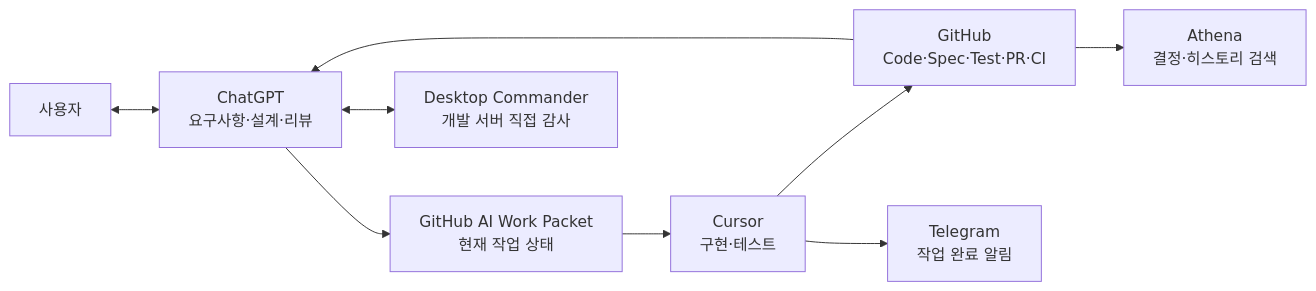
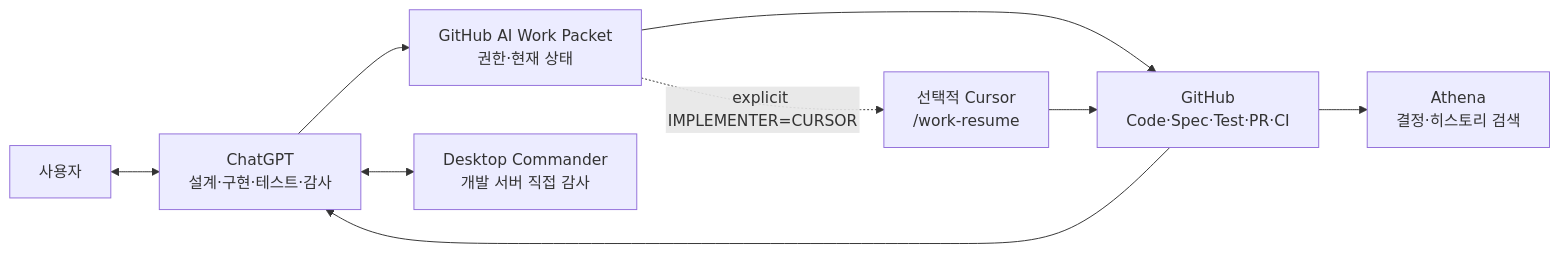
The diagram in ko/index.mdx (datarelay-labs/engineering-system-docs), drawn with Mermaid before and after one commit. The commit also changed other lines of this file and 21 other files, not shown here.

Commit message:
docs: make ChatGPT the default implementation path

```diff
--- a/ko/index.mdx
+++ b/ko/index.mdx
@@ -50,11 +50,11 @@
 ~~~mermaid
 flowchart LR
-    U["사용자"] <--> C["ChatGPT<br/>요구사항·설계·리뷰"]
-    C --> W["GitHub AI Work Packet<br/>현재 작업 상태"]
-    W --> R["Cursor<br/>구현·테스트"]
-    R --> G["GitHub<br/>Code·Spec·Test·PR·CI"]
+    U["사용자"] <--> C["ChatGPT<br/>설계·구현·테스트·감사"]
+    C --> W["GitHub AI Work Packet<br/>권한·현재 상태"]
+    W --> G["GitHub<br/>Code·Spec·Test·PR·CI"]
     G --> C
     C <--> D["Desktop Commander<br/>개발 서버 직접 감사"]
     G --> A["Athena<br/>결정·히스토리 검색"]
-    R --> T["Telegram<br/>작업 완료 알림"]
+    W -. explicit IMPLEMENTER=CURSOR .-> R["선택적 Cursor<br/>/work-resume"]
+    R --> G
 ~~~
```
